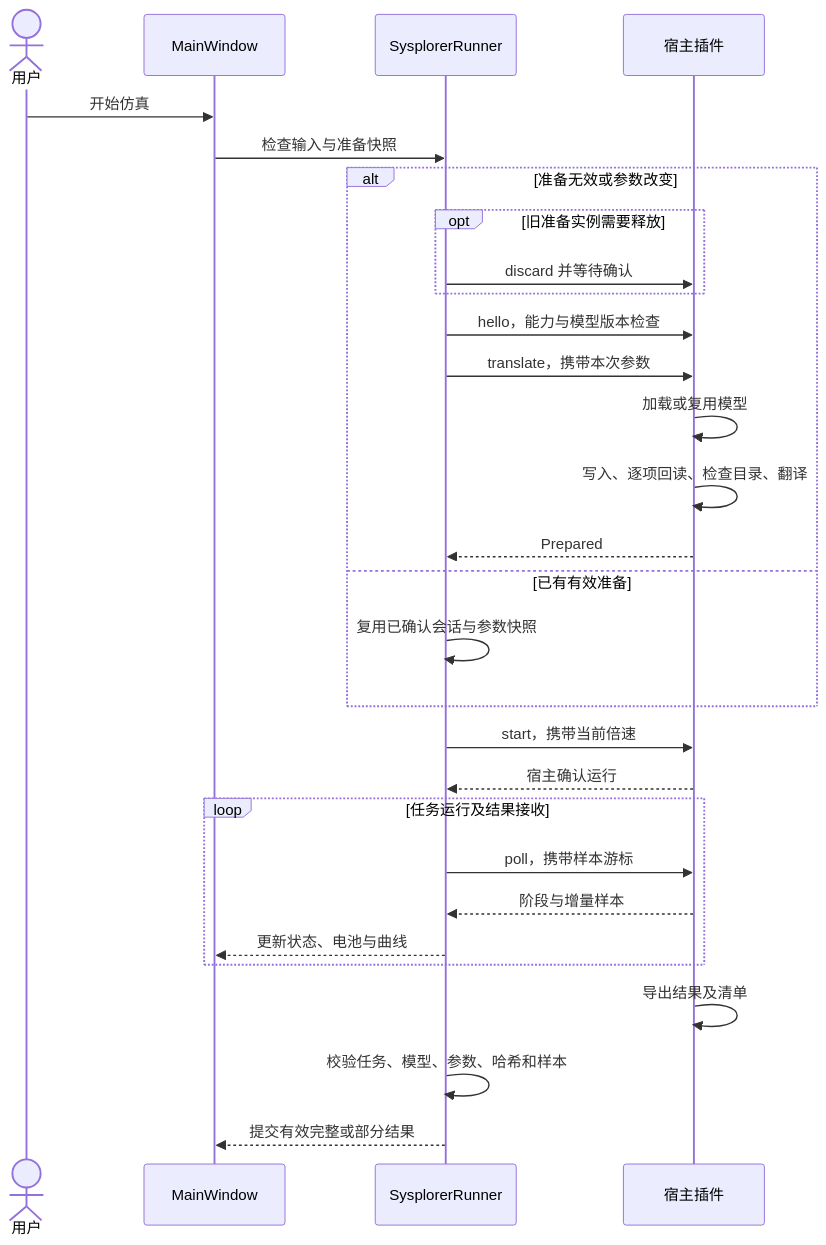
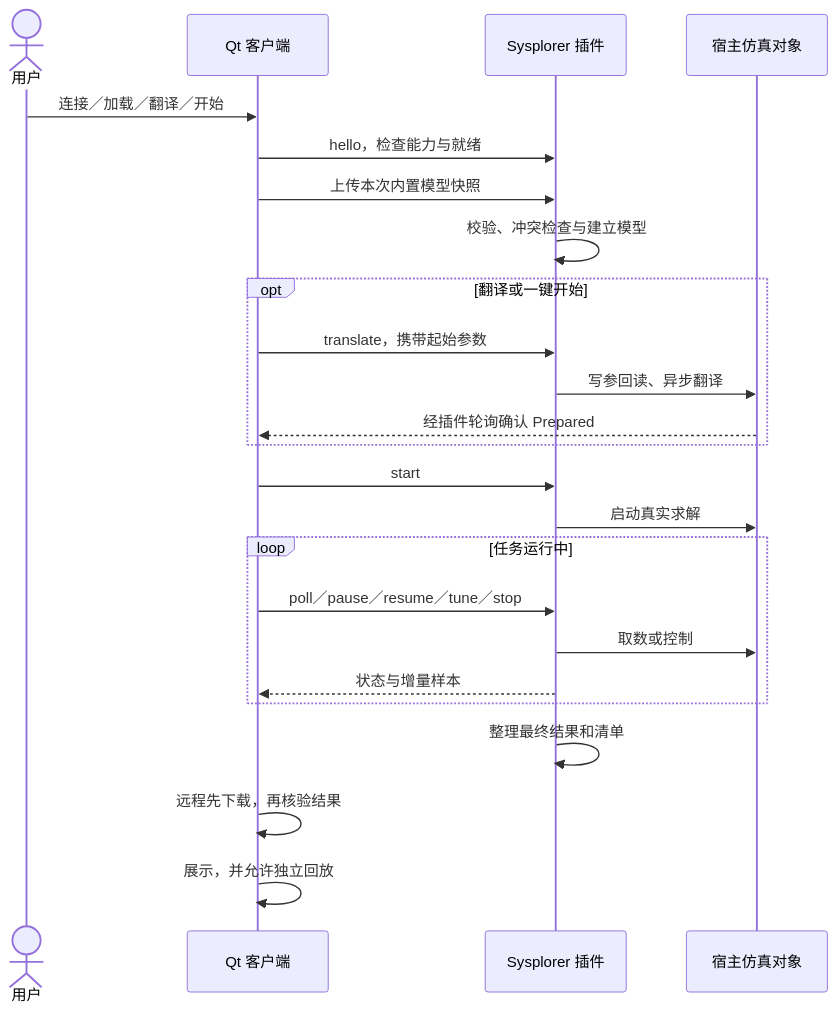
The diagram in README.md (dfq-1104/Qt_with_Sysplorer), drawn with Mermaid before and after one commit. The commit also changed other lines of this file and 4 other files, not shown here.

````diff
--- a/README.md
+++ b/README.md
@@ -198,31 +91,26 @@
 ```mermaid
 sequenceDiagram
-    actor User as 用户
-    participant UI as MainWindow
-    participant R as SysplorerRunner
-    participant P as 宿主插件
-    User->>UI: 开始仿真
-    UI->>R: 检查输入与准备快照
-    alt 准备无效或参数改变
-        opt 旧准备实例需要释放
-            R->>P: discard 并等待确认
-        end
-        R->>P: hello，能力与模型版本检查
-        R->>P: translate，携带本次参数
-        P->>P: 加载或复用模型
-        P->>P: 写入、逐项回读、检查目录、翻译
-        P-->>R: Prepared
-    else 已有有效准备
-        R->>R: 复用已确认会话与参数快照
+    actor U as 用户
+    participant Q as Qt 客户端
+    participant P as Sysplorer 插件
+    participant S as 宿主仿真对象
+    U->>Q: 连接／加载／翻译／开始
+    Q->>P: hello，检查能力与就绪
+    Q->>P: 上传本次内置模型快照
+    P->>P: 校验、冲突检查与建立模型
+    opt 翻译或一键开始
+        Q->>P: translate，携带起始参数
+        P->>S: 写参回读、异步翻译
+        S-->>Q: 经插件轮询确认 Prepared
     end
-    R->>P: start，携带当前倍速
-    P-->>R: 宿主确认运行
-    loop 任务运行及结果接收
-        R->>P: poll，携带样本游标
-        P-->>R: 阶段与增量样本
-        R-->>UI: 更新状态、电池与曲线
+    Q->>P: start
+    P->>S: 启动真实求解
+    loop 任务运行中
+        Q->>P: poll／pause／resume／tune／stop
+        P->>S: 取数或控制
+        P-->>Q: 状态与增量样本
     end
-    P->>P: 导出结果及清单
-    R->>R: 校验任务、模型、参数、哈希和样本
-    R-->>UI: 提交有效完整或部分结果
+    P->>P: 整理最终结果和清单
+    Q->>Q: 远程先下载，再核验结果
+    Q->>Q: 展示，并允许独立回放
 ```
````
